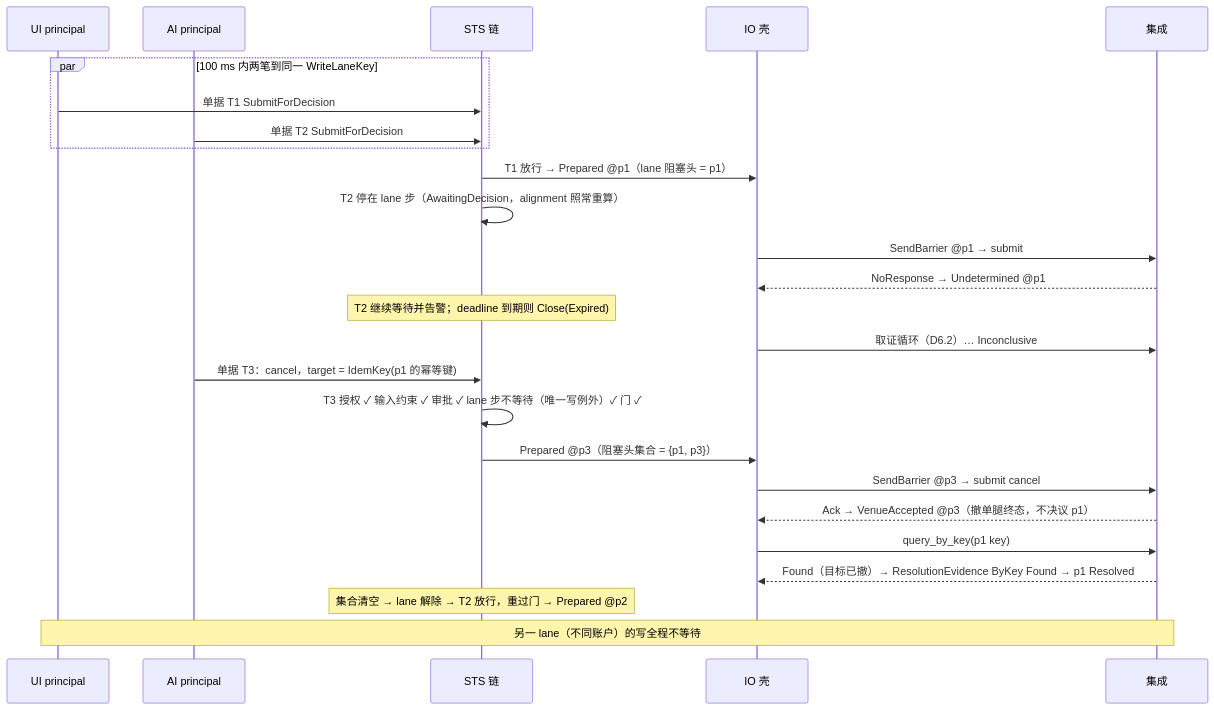
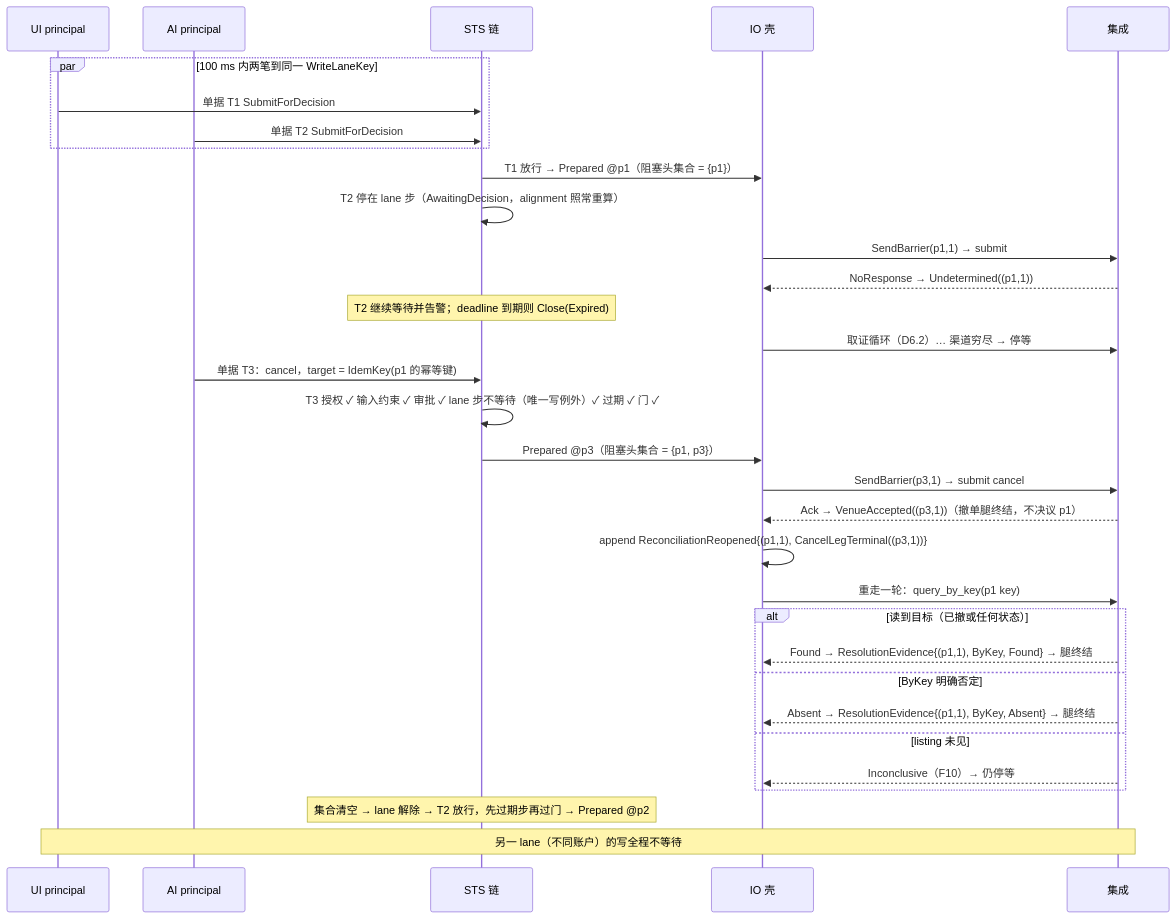
One commit to mouriya-s-lab/uta changed the seventh of 7 diagrams in design/diagrams/06-io-shell-attempt.md. Above: the diagram before and after it, drawn with Mermaid. The commit also changed other lines of this file and 9 other files, not shown here.

Commit message:
设计：并入 astra 复核——腿身份 AttemptRef、回执/证据字节归执行事实、EffectResponse 完成事实、AwaitingTargetTerminal 有界出口、ReconciliationReopened 重开取证、取证记录矩阵（Unavailable 不算取证）、lane 集合语义贯通、恢复先判 Resolved、alignment 读当前流末 + checked_as_of、一版一决 Conflict(AlreadyDecided)、Lag/完备位置切面、唯一边=类型依赖与语义消费、XA 类比改设计标签；图 D1–D9 同步

````diff
--- a/design/diagrams/06-io-shell-attempt.md
+++ b/design/diagrams/06-io-shell-attempt.md
@@ -229,27 +250,34 @@
 ```mermaid
 sequenceDiagram
   participant UI as UI principal
   participant AI as AI principal
   participant S as STS 链
   participant IO as IO 壳
   participant I as 集成
   par 100 ms 内两笔到同一 WriteLaneKey
     UI->>S: 单据 T1 SubmitForDecision
     AI->>S: 单据 T2 SubmitForDecision
   end
-  S->>IO: T1 放行 → Prepared @p1（lane 阻塞头 = p1）
+  S->>IO: T1 放行 → Prepared @p1（阻塞头集合 = {p1}）
   S->>S: T2 停在 lane 步（AwaitingDecision，alignment 照常重算）
-  IO->>I: SendBarrier @p1 → submit
-  I-->>IO: NoResponse → Undetermined @p1
+  IO->>I: SendBarrier(p1,1) → submit
+  I-->>IO: NoResponse → Undetermined((p1,1))
   Note over S: T2 继续等待并告警；deadline 到期则 Close(Expired)
-  IO->>I: 取证循环（D6.2）… Inconclusive
+  IO->>I: 取证循环（D6.2）… 渠道穷尽 → 停等
   AI->>S: 单据 T3：cancel，target = IdemKey(p1 的幂等键)
-  S->>S: T3 授权 ✓ 输入约束 ✓ 审批 ✓ lane 步不等待（唯一写例外）✓ 门 ✓
+  S->>S: T3 授权 ✓ 输入约束 ✓ 审批 ✓ lane 步不等待（唯一写例外）✓ 过期 ✓ 门 ✓
   S->>IO: Prepared @p3（阻塞头集合 = {p1, p3}）
-  IO->>I: SendBarrier @p3 → submit cancel
-  I-->>IO: Ack → VenueAccepted @p3（撤单腿终态，不决议 p1）
-  IO->>I: query_by_key(p1 key)
-  I-->>IO: Found（目标已撤）→ ResolutionEvidence ByKey Found → p1 Resolved
-  Note over S: 集合清空 → lane 解除 → T2 放行，重过门 → Prepared @p2
+  IO->>I: SendBarrier(p3,1) → submit cancel
+  I-->>IO: Ack → VenueAccepted((p3,1))（撤单腿终结，不决议 p1）
+  IO->>IO: append ReconciliationReopened{(p1,1), CancelLegTerminal((p3,1))}
+  IO->>I: 重走一轮：query_by_key(p1 key)
+  alt 读到目标（已撤或任何状态）
+    I-->>IO: Found → ResolutionEvidence{(p1,1), ByKey, Found} → 腿终结
+  else ByKey 明确否定
+    I-->>IO: Absent → ResolutionEvidence{(p1,1), ByKey, Absent} → 腿终结
+  else listing 未见
+    I-->>IO: Inconclusive（F10）→ 仍停等
+  end
+  Note over S: 集合清空 → lane 解除 → T2 放行，先过期步再过门 → Prepared @p2
   Note over UI,I: 另一 lane（不同账户）的写全程不等待
 ```
````
